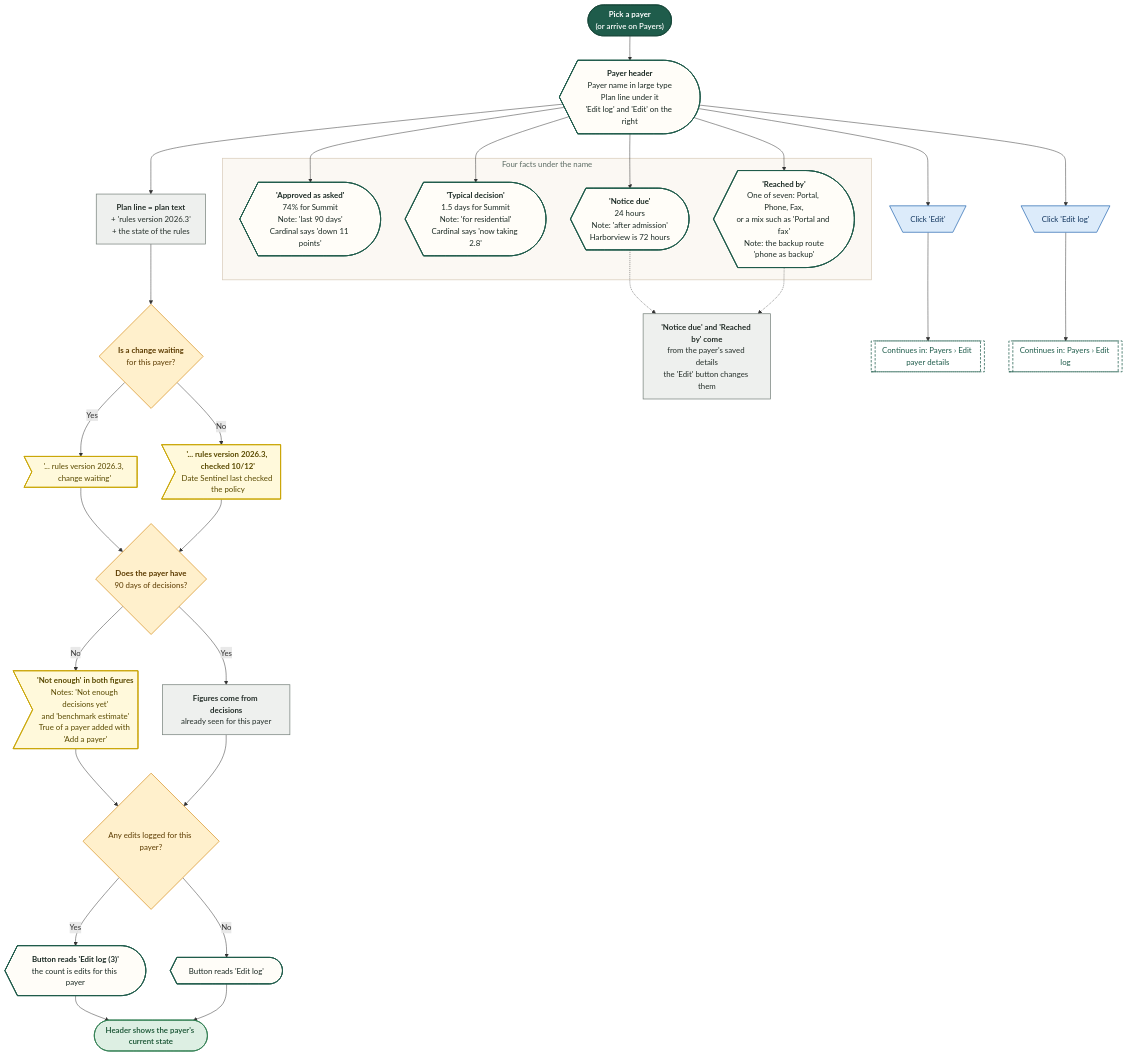
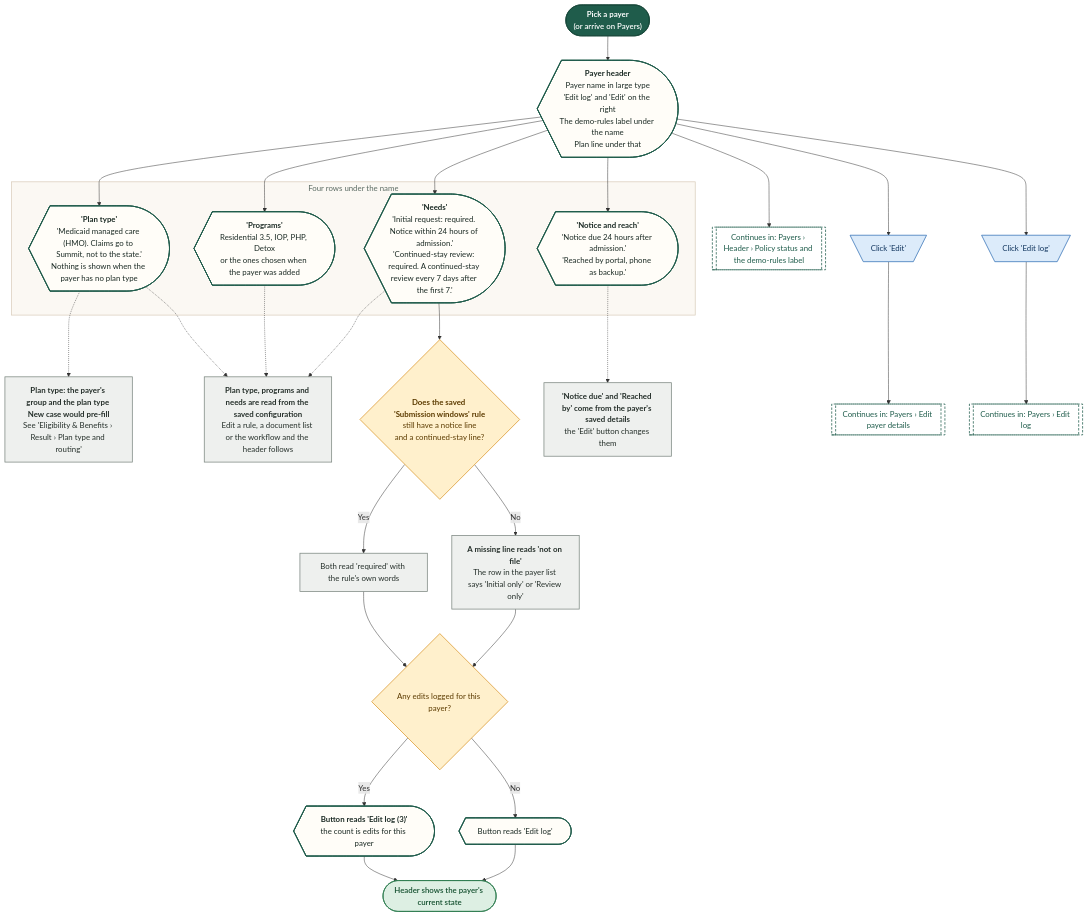
Before and after one commit to Shrav143/psyfloapp: the third of 26 diagrams in demos/prior-auth-demo/workflows/out/md/10-payers.md, drawn with Mermaid. The commit also changed other lines of this file and 192 other files, not shown here.

First line of the commit message:
docs: changelog by sidebar tab; README, diagrams and Settings layout aligned with the refinement; shared InfoTip; referral cost-share line

````diff
--- a/demos/prior-auth-demo/workflows/out/md/10-payers.md
+++ b/demos/prior-auth-demo/workflows/out/md/10-payers.md
@@ -176,65 +180,63 @@
 ```mermaid
 %%{init: {"theme":"base","themeVariables":{"fontFamily":"'DM Sans', 'Segoe UI', system-ui, sans-serif","fontSize":"15px","lineColor":"#5B6B63","primaryTextColor":"#1C2B25","clusterBkg":"#FBF8F3","clusterBorder":"#D9CDBB","edgeLabelBackground":"#FFFFFF"},"flowchart":{"curve":"basis","nodeSpacing":36,"rankSpacing":48,"padding":12,"htmlLabels":true,"useMaxWidth":false,"wrappingWidth":230}} }%%
 flowchart TD
   classDef k_start fill:#1F5C4B,stroke:#174638,color:#FFFFFF,stroke-width:1.5px,font-weight:600
   classDef k_end fill:#DDEFE3,stroke:#2E7D4F,color:#14502F,stroke-width:1.5px,font-weight:600
   classDef k_endx fill:#FBE3E0,stroke:#C0392B,color:#7A1F16,stroke-width:1.5px,font-weight:600
   classDef k_screen fill:#FFFDF8,stroke:#1F5C4B,color:#1C2B25,stroke-width:2px
   classDef k_overlay fill:#F1F7F3,stroke:#1F5C4B,color:#1C2B25,stroke-width:2px,stroke-dasharray:5 3
   classDef k_click fill:#DCEBFA,stroke:#2F6DB5,color:#12365F,stroke-width:1.5px
   classDef k_input fill:#E4E7FF,stroke:#4C5FD5,color:#1D2670,stroke-width:1.5px
   classDef k_process fill:#EEF0EE,stroke:#7A857F,color:#26302B,stroke-width:1.5px
   classDef k_agent fill:#EEE5FA,stroke:#7A4FC2,color:#341A63,stroke-width:1.5px
   classDef k_decision fill:#FFF0CC,stroke:#D9962B,color:#5C3B00,stroke-width:1.5px
   classDef k_store fill:#D5F0EA,stroke:#1C8E7B,color:#0B4A3F,stroke-width:1.5px
   classDef k_doc fill:#F6E9DC,stroke:#B07A4C,color:#4A2E14,stroke-width:1.5px
   classDef k_ext fill:#FFE6D2,stroke:#E07B39,color:#6B2F06,stroke-width:1.5px
   classDef k_wait fill:#E4E8EE,stroke:#6B7C93,color:#26303D,stroke-width:1.5px
   classDef k_toast fill:#FFF9DB,stroke:#C9A400,color:#5A4A00,stroke-width:1.5px
   classDef k_goto fill:#FFFFFF,stroke:#1F5C4B,color:#1F5C4B,stroke-width:1.5px,stroke-dasharray:5 3
   s1@{ shape: stadium, label: "<b>Pick a payer</b><br/>(or arrive on Payers)" }
-  head@{ shape: curv-trap, label: "<b>Payer header</b><br/>Payer name in large type<br/>Plan line under it<br/>'Edit log' and 'Edit' on the right" }
-  plan@{ shape: rect, label: "<b>Plan line = plan text</b><br/>+ 'rules version 2026.3'<br/>+ the state of the rules" }
-  pend@{ shape: diam, label: "<b>Is a change waiting</b><br/>for this payer?" }
-  waiting@{ shape: odd, label: "'... rules version 2026.3, change waiting'" }
-  checked@{ shape: odd, label: "<b>'... rules version 2026.3, checked 10/12'</b><br/>Date Sentinel last checked the policy" }
-  subgraph gF ["Four facts under the name"]
-  f1@{ shape: curv-trap, label: "<b>'Approved as asked'</b><br/>74% for Summit<br/>Note: 'last 90 days'<br/>Cardinal says 'down 11 points'" }
-  f2@{ shape: curv-trap, label: "<b>'Typical decision'</b><br/>1.5 days for Summit<br/>Note: 'for residential'<br/>Cardinal says 'now taking 2.8'" }
-  f3@{ shape: curv-trap, label: "<b>'Notice due'</b><br/>24 hours<br/>Note: 'after admission'<br/>Harborview is 72 hours" }
-  f4@{ shape: curv-trap, label: "<b>'Reached by'</b><br/>One of seven: Portal, Phone, Fax,<br/>or a mix such as 'Portal and fax'<br/>Note: the backup route<br/>'phone as backup'" }
+  head@{ shape: curv-trap, label: "<b>Payer header</b><br/>Payer name in large type<br/>'Edit log' and 'Edit' on the right<br/>The demo-rules label under the name<br/>Plan line under that" }
+  subgraph gF ["Four rows under the name"]
+  f1@{ shape: curv-trap, label: "<b>'Plan type'</b><br/>'Medicaid managed care (HMO). Claims go to Summit, not to the state.'<br/>Nothing is shown when the payer has no plan type" }
+  f2@{ shape: curv-trap, label: "<b>'Programs'</b><br/>Residential 3.5, IOP, PHP, Detox<br/>or the ones chosen when the payer was added" }
+  f3@{ shape: curv-trap, label: "<b>'Needs'</b><br/>'Initial request: required. Notice within 24 hours of admission.'<br/>'Continued-stay review: required. A continued-stay review every 7 days after the first 7.'" }
+  f4@{ shape: curv-trap, label: "<b>'Notice and reach'</b><br/>'Notice due 24 hours after admission.'<br/>'Reached by portal, phone as backup.'" }
   end
-  hist@{ shape: diam, label: "<b>Does the payer have</b><br/>90 days of decisions?" }
-  few@{ shape: odd, label: "<b>'Not enough' in both figures</b><br/>Notes: 'Not enough decisions yet'<br/>and 'benchmark estimate'<br/>True of a payer added with 'Add a payer'" }
-  real@{ shape: rect, label: "<b>Figures come from decisions</b><br/>already seen for this payer" }
-  cfg@{ shape: rect, label: "<b>'Notice due' and 'Reached by' come</b><br/>from the payer's saved details<br/>the 'Edit' button changes them" }
+  cfg@{ shape: rect, label: "<b>Plan type, programs and needs are read from the saved configuration</b><br/>Edit a rule, a document list or the workflow and the header follows" }
+  pt@{ shape: rect, label: "<b>Plan type: the payer's group and the plan type New case would pre-fill</b><br/>See 'Eligibility & Benefits › Result › Plan type and routing'" }
+  ndn@{ shape: diam, label: "<b>Does the saved 'Submission windows' rule</b><br/>still have a notice line<br/>and a continued-stay line?" }
+  need1@{ shape: rect, label: "Both read 'required' with the rule's own words" }
+  need2@{ shape: rect, label: "<b>A missing line reads 'not on file'</b><br/>The row in the payer list says 'Initial only' or 'Review only'" }
+  cfg2@{ shape: rect, label: "<b>'Notice due' and 'Reached by' come from the payer's saved details</b><br/>the 'Edit' button changes them" }
+  g_ps@{ shape: subproc, label: "Continues in: Payers › Header › Policy status and the demo-rules label" }
   logn@{ shape: diam, label: "Any edits logged for this payer?" }
   logb1@{ shape: curv-trap, label: "<b>Button reads 'Edit log (3)'</b><br/>the count is edits for this payer" }
   logb0@{ shape: curv-trap, label: "Button reads 'Edit log'" }
   ce@{ shape: trap-t, label: "Click 'Edit'" }
   cl@{ shape: trap-t, label: "Click 'Edit log'" }
   g_edit@{ shape: subproc, label: "Continues in: Payers › Edit payer details" }
   g_log@{ shape: subproc, label: "Continues in: Payers › Edit log" }
   e1@{ shape: stadium, label: "Header shows the payer's current state" }
-  s1 --> head --> plan --> pend
-  pend -->|"Yes"| waiting --> hist
-  pend -->|"No"| checked --> hist
-  head --> f1 & f2 & f3 & f4
-  hist -->|"No"| few --> logn
-  hist -->|"Yes"| real --> logn
-  f3 -.-> cfg
-  f4 -.-> cfg
+  s1 --> head --> f1 & f2 & f3 & f4
+  f1 -.-> pt
+  f1 & f2 & f3 -.-> cfg
+  f3 --> ndn
+  ndn -->|"Yes"| need1 --> logn
+  ndn -->|"No"| need2 --> logn
+  f4 -.-> cfg2
+  head --> g_ps
   logn -->|"Yes"| logb1 --> e1
   logn -->|"No"| logb0 --> e1
   head --> ce --> g_edit
   head --> cl --> g_log
   class s1 k_start
   class head,f1,f2,f3,f4,logb1,logb0 k_screen
-  class plan,real,cfg k_process
-  class pend,hist,logn k_decision
-  class waiting,checked,few k_toast
+  class cfg,pt,need1,need2,cfg2 k_process
+  class ndn,logn k_decision
+  class g_ps,g_edit,g_log k_goto
   class ce,cl k_click
-  class g_edit,g_log k_goto
   class e1 k_end
   style gF fill:#FBF8F3,stroke:#D9CDBB,stroke-width:1.5px,color:#5B6B63
 ```
````
